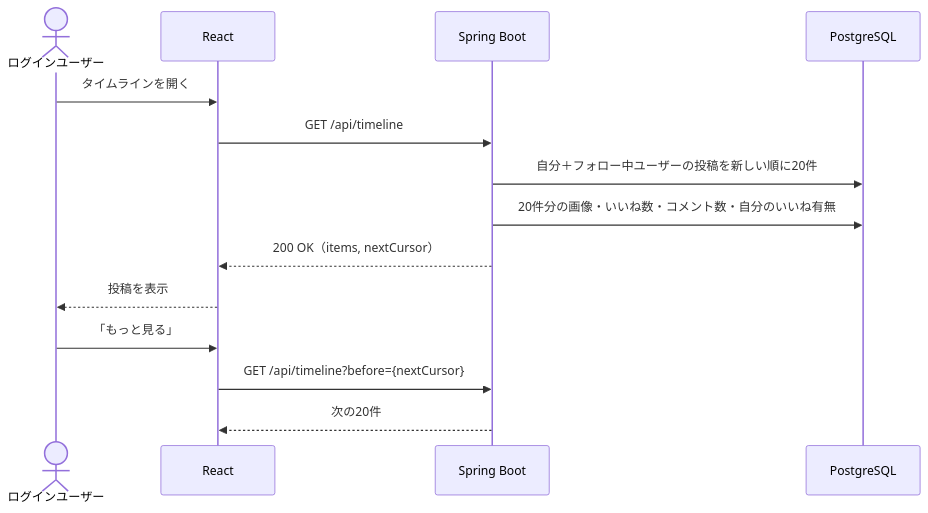
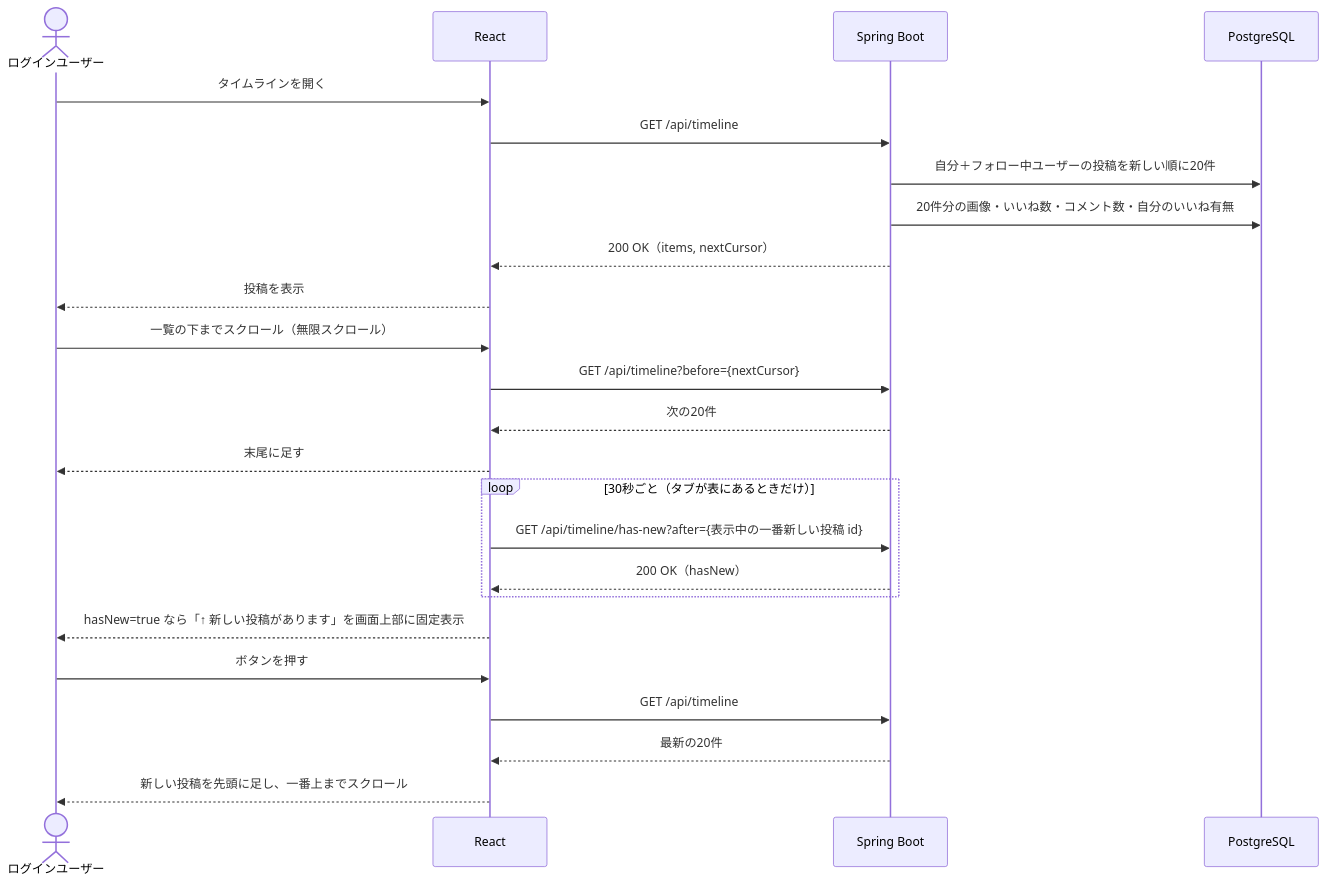
One commit to takeuchikoutagg/RaiseTime-Line changed the diagram in docs/機能定義書/F-03_タイムライン.md. Above: the diagram before and after it, drawn with Mermaid. The commit also changed other lines of this file and 18 other files, not shown here.

````diff
--- a/docs/機能定義書/F-03_タイムライン.md
+++ b/docs/機能定義書/F-03_タイムライン.md
@@ -26,17 +26,28 @@
 ```mermaid
 sequenceDiagram
     actor U as ログインユーザー
     participant F as React
     participant B as Spring Boot
     participant D as PostgreSQL
 
     U->>F: タイムラインを開く
     F->>B: GET /api/timeline
     B->>D: 自分＋フォロー中ユーザーの投稿を新しい順に20件
     B->>D: 20件分の画像・いいね数・コメント数・自分のいいね有無
     B-->>F: 200 OK（items, nextCursor）
     F-->>U: 投稿を表示
-    U->>F: 「もっと見る」
+    U->>F: 一覧の下までスクロール（無限スクロール）
     F->>B: GET /api/timeline?before={nextCursor}
     B-->>F: 次の20件
+    F-->>U: 末尾に足す
+
+    loop 30秒ごと（タブが表にあるときだけ）
+        F->>B: GET /api/timeline/has-new?after={表示中の一番新しい投稿 id}
+        B-->>F: 200 OK（hasNew）
+    end
+    F-->>U: hasNew=true なら「↑ 新しい投稿があります」を画面上部に固定表示
+    U->>F: ボタンを押す
+    F->>B: GET /api/timeline
+    B-->>F: 最新の20件
+    F-->>U: 新しい投稿を先頭に足し、一番上までスクロール
 ```
````
